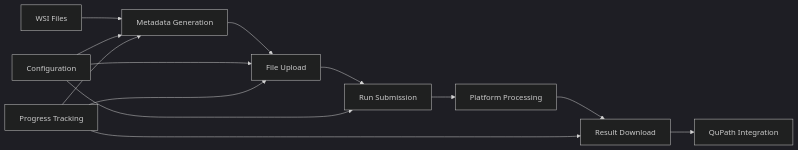
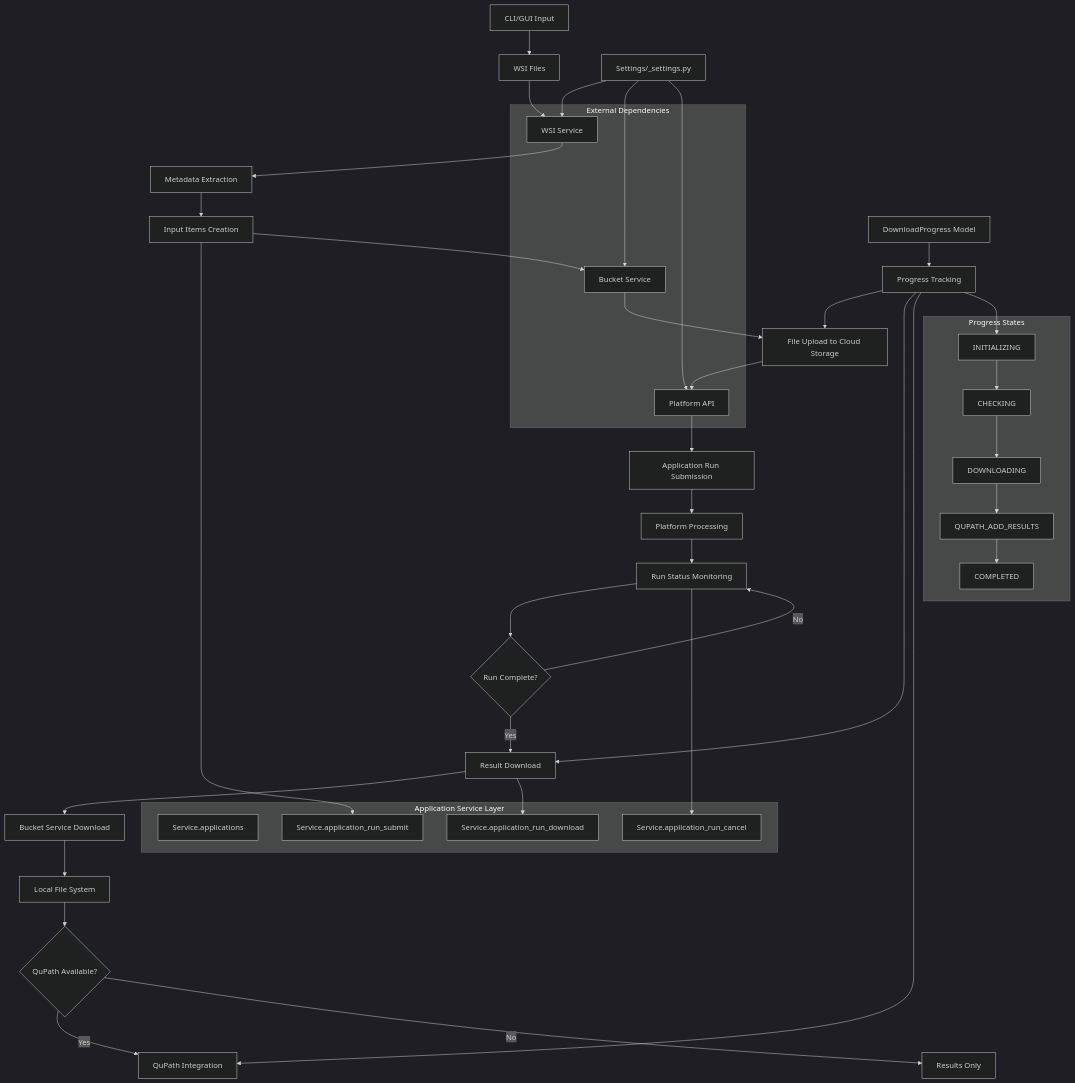
One commit to alekseevpavel04/python-sdk changed the diagram in specifications/SPEC-APPLICATION-SERVICE.md. Above: the diagram before and after it, drawn with Mermaid (dark theme). The commit also changed other lines of this file and 1 other file, not shown here.

Commit message:
feat: add software item specification for Applicaton and qupath using item fullfils section and update Application md diagram [skip:ci]

````diff
--- a/specifications/SPEC-APPLICATION-SERVICE.md
+++ b/specifications/SPEC-APPLICATION-SERVICE.md
@@ -114,17 +114,65 @@
 ```mermaid
-graph LR
-    A[WSI Files] --> B[Metadata Generation]
-    B --> C[File Upload]
-    C --> D[Run Submission]
-    D --> E[Platform Processing]
-    E --> F[Result Download]
-    F --> G[QuPath Integration]
+graph TD
+    A[WSI Files] --> B[WSI Service]
+    B --> C[Metadata Extraction]
+    C --> D[Input Items Creation]
 
-    H[Configuration] --> B
-    H --> C
-    H --> D
+    D --> E[Bucket Service]
+    E --> F[File Upload to Cloud Storage]
+    F --> G[Platform API]
+    G --> H[Application Run Submission]
 
-    I[Progress Tracking] --> B
-    I --> C
-    I --> F
+    H --> I[Platform Processing]
+    I --> J[Run Status Monitoring]
+    J --> K{Run Complete?}
+    K -->|No| J
+    K -->|Yes| L[Result Download]
+
+    L --> M[Bucket Service Download]
+    M --> N[Local File System]
+    N --> O{QuPath Available?}
+    O -->|Yes| P[QuPath Integration]
+    O -->|No| Q[Results Only]
+
+    R[Settings/_settings.py] --> B
+    R --> E
+    R --> G
+
+    S[Progress Tracking] --> F
+    S --> L
+    S --> P
+
+    T[CLI/GUI Input] --> A
+    U[DownloadProgress Model] --> S
+
+    subgraph "Application Service Layer"
+        V[Service.applications]
+        W[Service.application_run_submit]
+        X[Service.application_run_download]
+        Y[Service.application_run_cancel]
+    end
+
+    D --> W
+    L --> X
+    J --> Y
+
+    subgraph "External Dependencies"
+        G
+        E
+        B
+    end
+
+    subgraph "Progress States"
+        Z1[INITIALIZING]
+        Z2[CHECKING]
+        Z3[DOWNLOADING]
+        Z4[QUPATH_ADD_RESULTS]
+        Z5[COMPLETED]
+    end
+
+    S --> Z1
+    Z1 --> Z2
+    Z2 --> Z3
+    Z3 --> Z4
+    Z4 --> Z5
 ```
````
